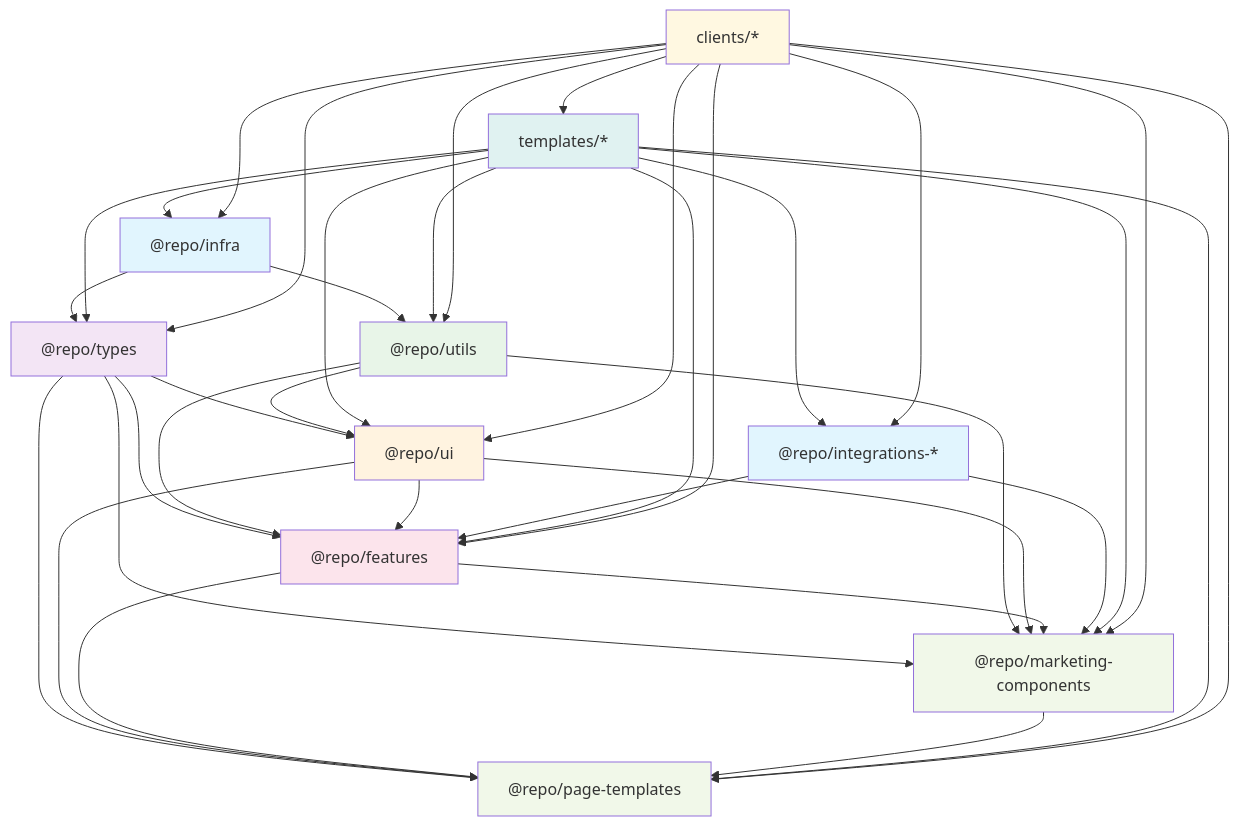
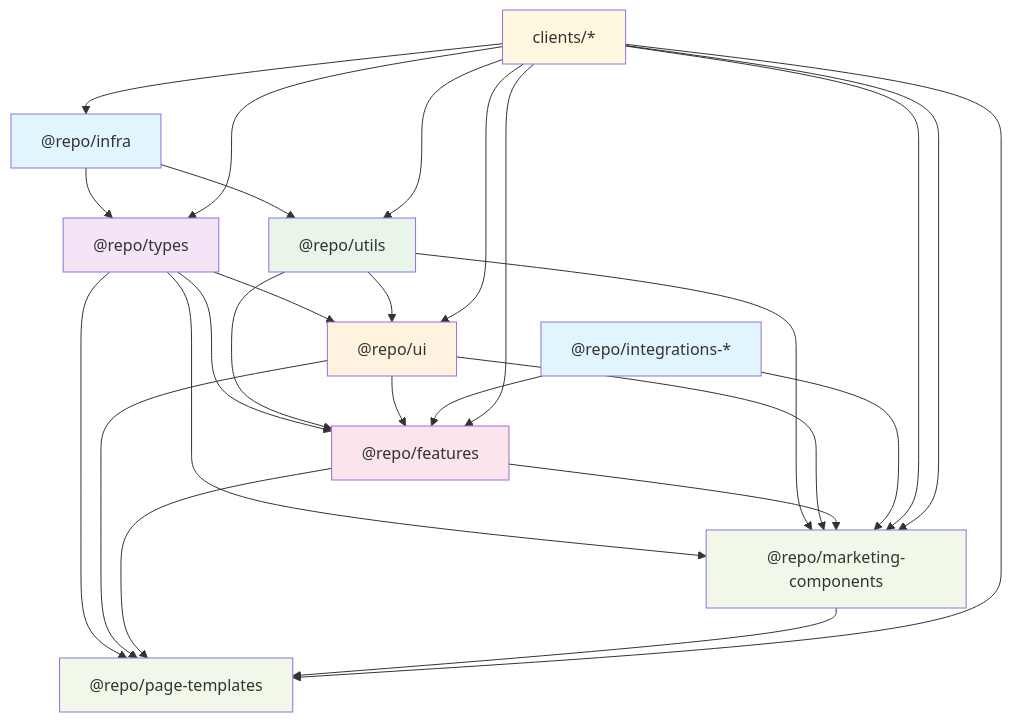
Before and after one commit to TrevorPLam/websites: the first of 14 diagrams in docs/architecture/dependency-graph.md, drawn with Mermaid. The commit also changed other lines of this file and 279 other files, not shown here.

````diff
--- a/docs/architecture/dependency-graph.md
+++ b/docs/architecture/dependency-graph.md
@@ -80,82 +80,70 @@
 ```mermaid
 graph TD
     %% Infrastructure Layer (L0)
     Infra["@repo/infra"]
     Integrations["@repo/integrations-*"]
     
     %% Component Layer (L2)
     Types["@repo/types"]
     Utils["@repo/utils"]
     UI["@repo/ui"]
     Features["@repo/features"]
     Marketing["@repo/marketing-components"]
     PageTemplates["@repo/page-templates"]
     
     %% Experience Layer (L3)
-    Templates["templates/*"]
     Clients["clients/*"]
     
     %% Dependencies
     Infra --> Types
     Infra --> Utils
     
     Types --> UI
     Types --> Features
     Types --> Marketing
     Types --> PageTemplates
     
     Utils --> UI
     Utils --> Features
     Utils --> Marketing
     
     UI --> Features
     UI --> Marketing
     UI --> PageTemplates
     
     Features --> Marketing
     Features --> PageTemplates
     
     Marketing --> PageTemplates
     
     Integrations --> Features
     Integrations --> Marketing
     
-    Templates --> UI
-    Templates --> Utils
-    Templates --> Features
-    Templates --> Marketing
-    Templates --> PageTemplates
-    Templates --> Infra
-    Templates --> Types
-    Templates --> Integrations
-    
-    Clients --> Templates
     Clients --> UI
     Clients --> Utils
     Clients --> Features
     Clients --> Marketing
     Clients --> PageTemplates
+    Clients --> Marketing
     Clients --> Infra
     Clients --> Types
-    Clients --> Integrations
     
     %% Styling
     classDef infra fill:#e1f5fe
     classDef types fill:#f3e5f5
     classDef utils fill:#e8f5e8
     classDef ui fill:#fff3e0
     classDef features fill:#fce4ec
     classDef marketing fill:#f1f8e9
     classDef templates fill:#e0f2f1
     classDef clients fill:#fff8e1
     
     class Infra,Integrations infra
     class Types types
     class Utils utils
     class UI ui
     class Features features
     class Marketing marketing
     class PageTemplates marketing
-    class Templates templates
     class Clients clients
 ```
````
